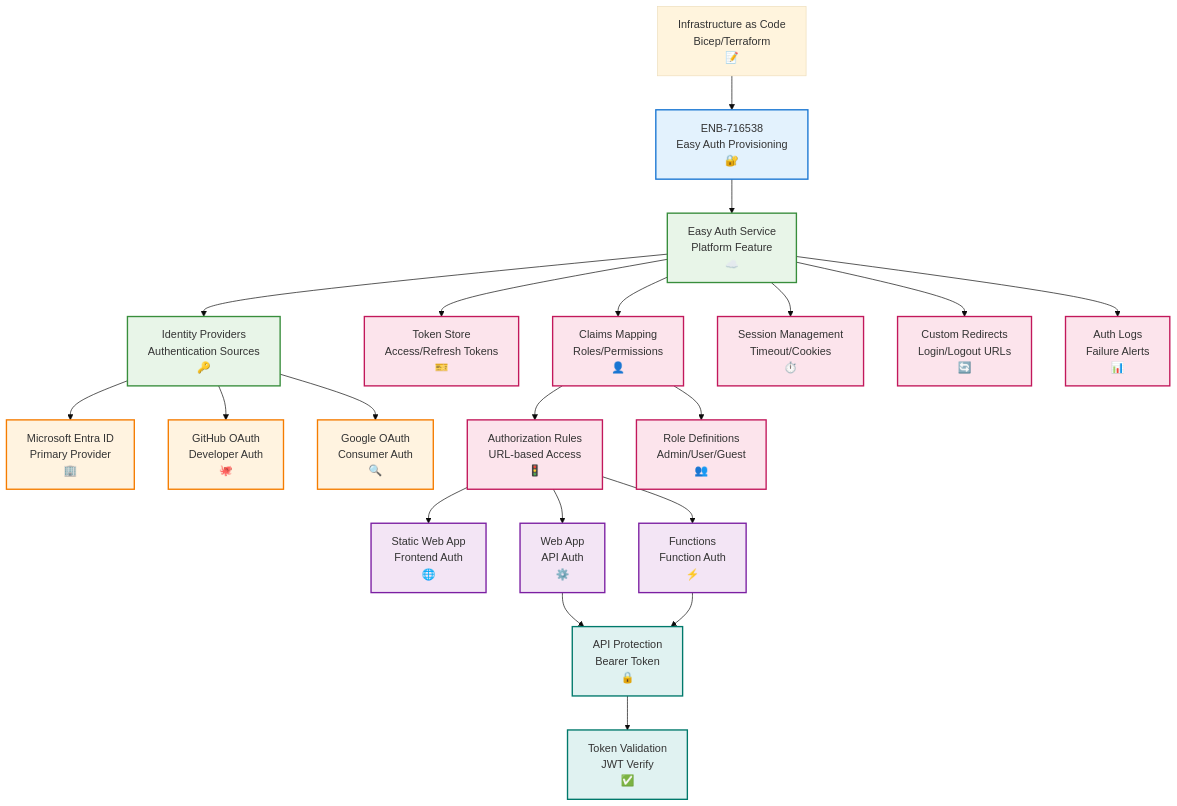
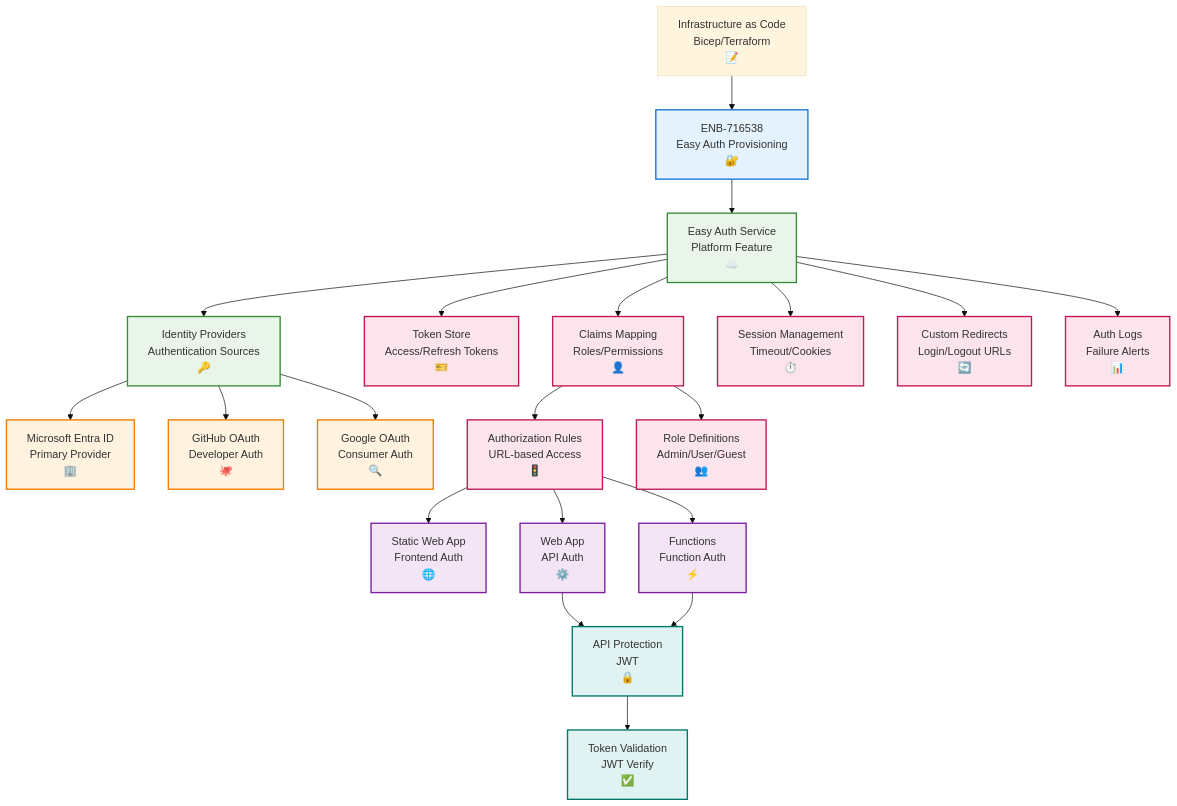
Before and after one commit to gardner711/lease-sentry: the diagram in specifications/deployment/716538-enabler.md, drawn with Mermaid (base theme). The commit also changed other lines of this file and 18 other files, not shown here.

````diff
--- a/specifications/deployment/716538-enabler.md
+++ b/specifications/deployment/716538-enabler.md
@@ -71,75 +71,75 @@
 ```mermaid
 flowchart TD
     ENB_716538["ENB-716538<br/>Easy Auth Provisioning<br/>🔐"]
     
     IAC["Infrastructure as Code<br/>Bicep/Terraform<br/>📝"]
     
     IAC --> ENB_716538
     
     EASYAUTH["Easy Auth Service<br/>Platform Feature<br/>☁️"]
     
     ENB_716538 --> EASYAUTH
     
     PROVIDERS["Identity Providers<br/>Authentication Sources<br/>🔑"]
     
     EASYAUTH --> PROVIDERS
     
     AAD["Microsoft Entra ID<br/>Primary Provider<br/>🏢"]
     GITHUB["GitHub OAuth<br/>Developer Auth<br/>🐙"]
     GOOGLE["Google OAuth<br/>Consumer Auth<br/>🔍"]
     
     PROVIDERS --> AAD
     PROVIDERS --> GITHUB
     PROVIDERS --> GOOGLE
     
     TOKENSTORE["Token Store<br/>Access/Refresh Tokens<br/>🎫"]
     CLAIMS["Claims Mapping<br/>Roles/Permissions<br/>👤"]
     
     EASYAUTH --> TOKENSTORE
     EASYAUTH --> CLAIMS
     
     AUTHRULES["Authorization Rules<br/>URL-based Access<br/>🚦"]
     ROLES["Role Definitions<br/>Admin/User/Guest<br/>👥"]
     
     CLAIMS --> AUTHRULES
     CLAIMS --> ROLES
     
     SESSION["Session Management<br/>Timeout/Cookies<br/>⏱️"]
     REDIRECT["Custom Redirects<br/>Login/Logout URLs<br/>🔄"]
     
     EASYAUTH --> SESSION
     EASYAUTH --> REDIRECT
     
     STATICAPP["Static Web App<br/>Frontend Auth<br/>🌐"]
     WEBAPP["Web App<br/>API Auth<br/>⚙️"]
     FUNCTIONS["Functions<br/>Function Auth<br/>⚡"]
     
     AUTHRULES --> STATICAPP
     AUTHRULES --> WEBAPP
     AUTHRULES --> FUNCTIONS
     
-    API["API Protection<br/>Bearer Token<br/>🔒"]
+    API["API Protection<br/>JWT<br/>🔒"]
     VALIDATION["Token Validation<br/>JWT Verify<br/>✅"]
     
     WEBAPP --> API
     FUNCTIONS --> API
     API --> VALIDATION
     
     MONITORING["Auth Logs<br/>Failure Alerts<br/>📊"]
     
     EASYAUTH --> MONITORING
 
     classDef enabler fill:#e3f2fd,stroke:#1976d2,stroke-width:2px
     classDef service fill:#e8f5e8,stroke:#388e3c,stroke-width:2px
     classDef providers fill:#fff3e0,stroke:#f57c00,stroke-width:2px
     classDef config fill:#fce4ec,stroke:#c2185b,stroke-width:2px
     classDef apps fill:#f3e5f5,stroke:#7b1fa2,stroke-width:2px
     classDef security fill:#e0f2f1,stroke:#00796b,stroke-width:2px
     
     class ENB_716538 enabler
     class EASYAUTH,PROVIDERS service
     class AAD,GITHUB,GOOGLE providers
     class TOKENSTORE,CLAIMS,AUTHRULES,ROLES,SESSION,REDIRECT,MONITORING config
     class STATICAPP,WEBAPP,FUNCTIONS apps
     class API,VALIDATION security
 ```
````
